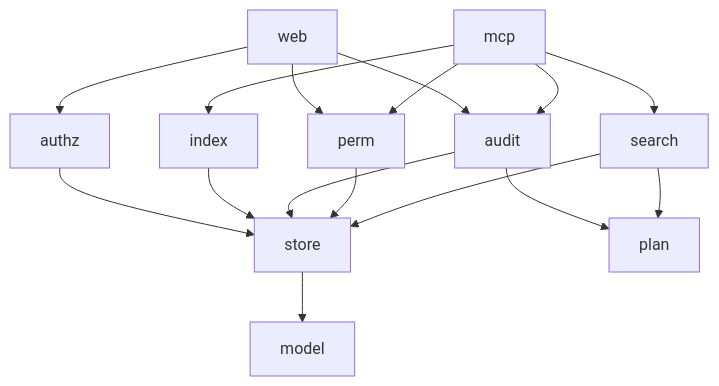
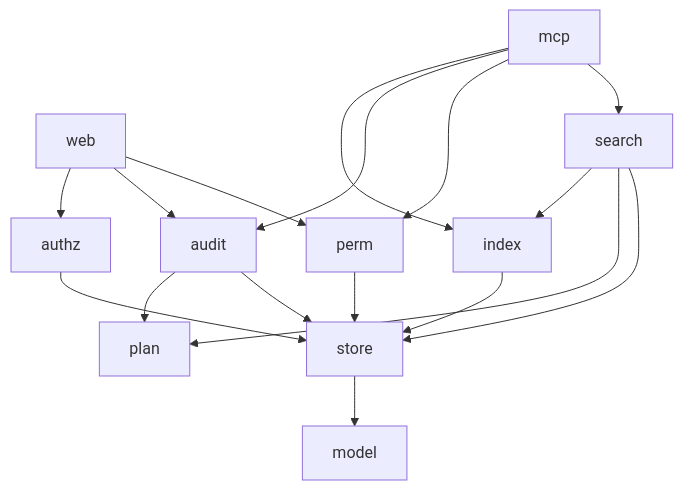
One commit to Alpha-gone/agent-context-sharing changed the third of 9 diagrams in spec/service/agent-context/SDD.md. Above: the diagram before and after it, drawn with Mermaid. The commit also changed other lines of this file and 6 other files, not shown here.

````diff
--- a/spec/service/agent-context/SDD.md
+++ b/spec/service/agent-context/SDD.md
@@ -237,29 +242,30 @@
 ```mermaid
 flowchart TB
     Mcp[mcp]
     Web[web]
     Search[search]
     Perm[perm]
     Audit[audit]
     Authz[authz]
     Index[index]
     Store[store]
     Plan[plan]
     Model[model]
 
     Mcp --> Search
     Mcp --> Perm
     Mcp --> Audit
     Mcp --> Index
     Web --> Perm
     Web --> Audit
     Web --> Authz
     Search --> Store
     Search --> Plan
+    Search --> Index
     Perm --> Store
     Audit --> Store
     Audit --> Plan
     Index --> Store
     Authz --> Store
     Store --> Model
 ```
````
